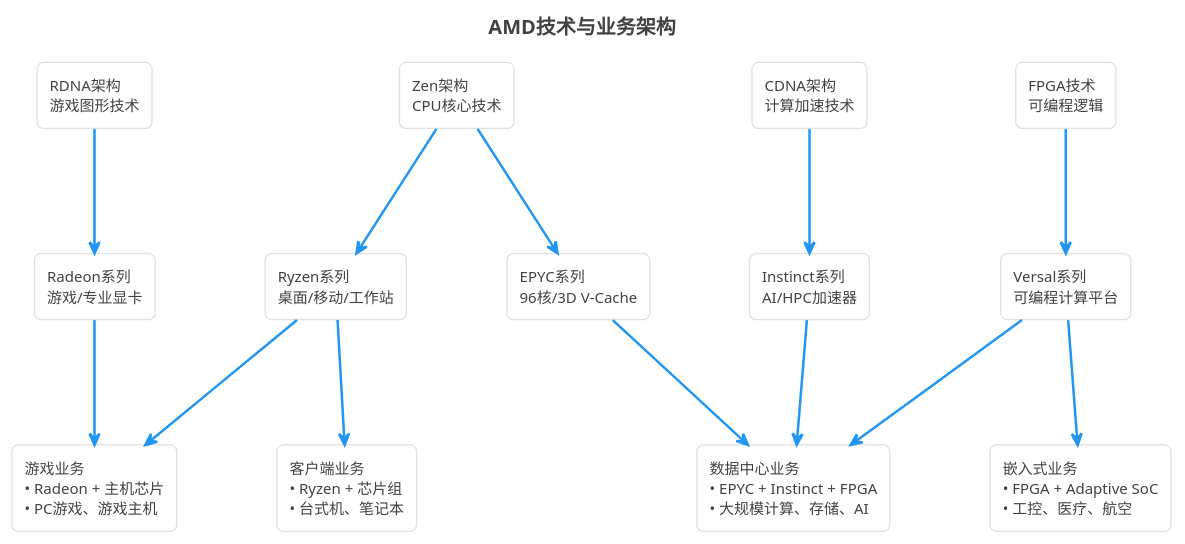
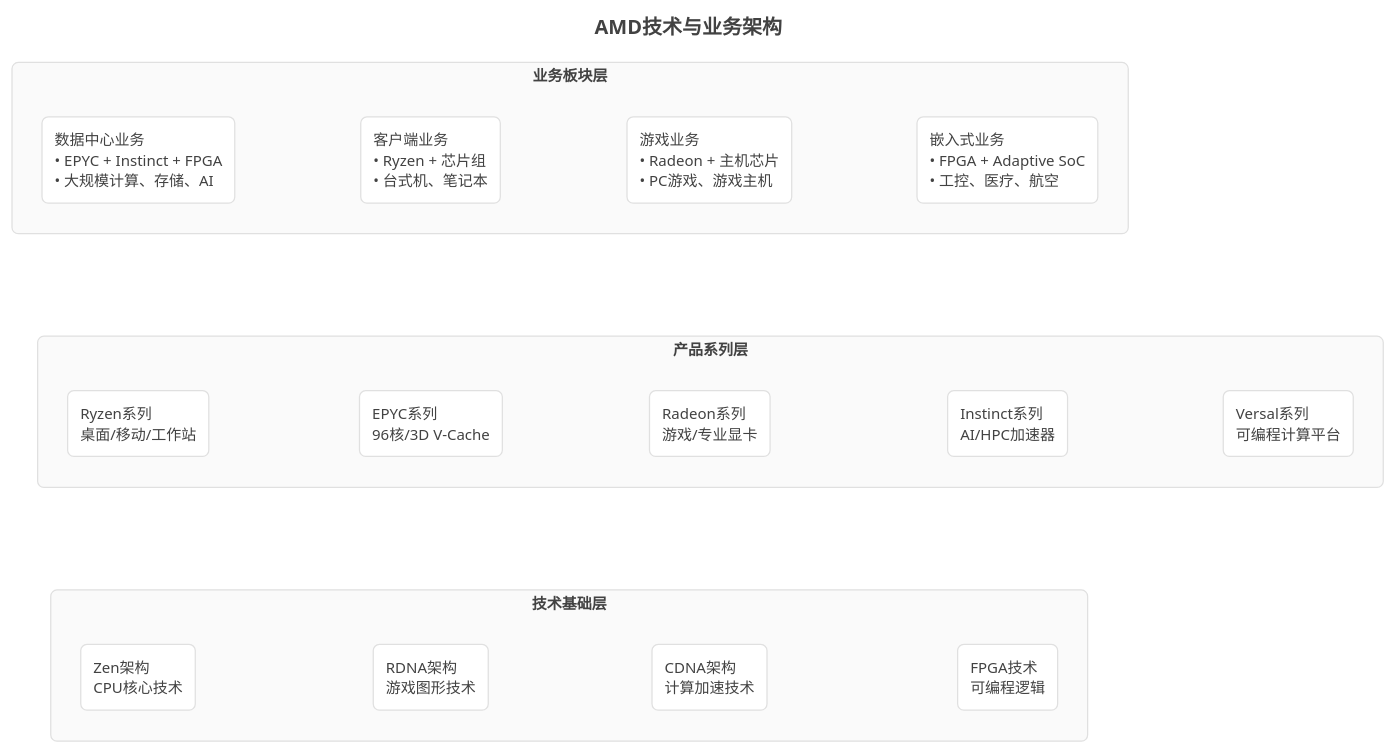
Before and after one commit to UniqueMR/PQVC: the diagram in docs/diagrams/amd_stack.puml, drawn with PlantUML. The commit also changed 21 other files, not shown here.

```diff
--- a/docs/diagrams/amd_stack.puml
+++ b/docs/diagrams/amd_stack.puml
@@ -1,65 +1,74 @@
 @startuml
 !theme plain
 skinparam backgroundColor transparent
 skinparam defaultFontSize 12
 skinparam defaultFontColor #424242
 skinparam roundCorner 10
 skinparam componentStyle rectangle
 
 ' 设置布局参数
 skinparam ranksep 100
-skinparam nodesep 80
+skinparam nodesep 150
 
 skinparam component {
     BackgroundColor #FFFFFF
     BorderColor #E0E0E0
     FontColor #424242
     ArrowColor #2196F3
     ArrowThickness 2
 }
 
 skinparam rectangle {
     BackgroundColor #FAFAFA
     BorderColor #E0E0E0
     FontColor #424242
 }
 
 title <color:#424242><size:16><b>AMD技术与业务架构</b></size></color>
 
-top to bottom direction
+' 使用布局方向
+left to right direction
 
-' 业务板块层
-[数据中心业务\n• EPYC + Instinct + FPGA\n• 大规模计算、存储、AI] as DataCenter
-[客户端业务\n• Ryzen + 芯片组\n• 台式机、笔记本] as Client
-[游戏业务\n• Radeon + 主机芯片\n• PC游戏、游戏主机] as Gaming
-[嵌入式业务\n• FPGA + Adaptive SoC\n• 工控、医疗、航空] as Embedded
+rectangle "技术基础层" {
+    together {
+        [Zen架构\nCPU核心技术] as Zen
+        [RDNA架构\n游戏图形技术] as RDNA
+        [CDNA架构\n计算加速技术] as CDNA
+        [FPGA技术\n可编程逻辑] as FPGA
+    }
+}
 
-' 产品系列层
-[Ryzen系列\n桌面/移动/工作站] as Ryzen
-[EPYC系列\n96核/3D V-Cache] as EPYC
-[Radeon系列\n游戏/专业显卡] as Radeon
-[Instinct系列\nAI/HPC加速器] as Instinct
-[Versal系列\n可编程计算平台] as Versal
+rectangle "产品系列层" {
+    together {
+        [Ryzen系列\n桌面/移动/工作站] as Ryzen
+        [EPYC系列\n96核/3D V-Cache] as EPYC
+        [Radeon系列\n游戏/专业显卡] as Radeon
+        [Instinct系列\nAI/HPC加速器] as Instinct
+        [Versal系列\n可编程计算平台] as Versal
+    }
+}
 
-' 技术基础层
-[Zen架构\nCPU核心技术] as Zen
-[RDNA架构\n游戏图形技术] as RDNA
-[CDNA架构\n计算加速技术] as CDNA
-[FPGA技术\n可编程逻辑] as FPGA
+rectangle "业务板块层" {
+    together {
+        [数据中心业务\n• EPYC + Instinct + FPGA\n• 大规模计算、存储、AI] as DataCenter
+        [客户端业务\n• Ryzen + 芯片组\n• 台式机、笔记本] as Client
+        [游戏业务\n• Radeon + 主机芯片\n• PC游戏、游戏主机] as Gaming
+        [嵌入式业务\n• FPGA + Adaptive SoC\n• 工控、医疗、航空] as Embedded
+    }
+}
 
-' 层级之间的关联
-Zen --> Ryzen
-Zen --> EPYC
-RDNA --> Radeon
-CDNA --> Instinct
-FPGA --> Versal
+' 使用隐藏连接线来强制居中对齐
+Zen -[hidden]-> RDNA
+RDNA -[hidden]-> CDNA
+CDNA -[hidden]-> FPGA
 
-Ryzen --> Client
-Ryzen --> Gaming
-EPYC --> DataCenter
-Radeon --> Gaming
-Instinct --> DataCenter
-Versal --> Embedded
-Versal --> DataCenter
+Ryzen -[hidden]-> EPYC
+EPYC -[hidden]-> Radeon
+Radeon -[hidden]-> Instinct
+Instinct -[hidden]-> Versal
+
+DataCenter -[hidden]-> Client
+Client -[hidden]-> Gaming
+Gaming -[hidden]-> Embedded
 
 @enduml 
```
